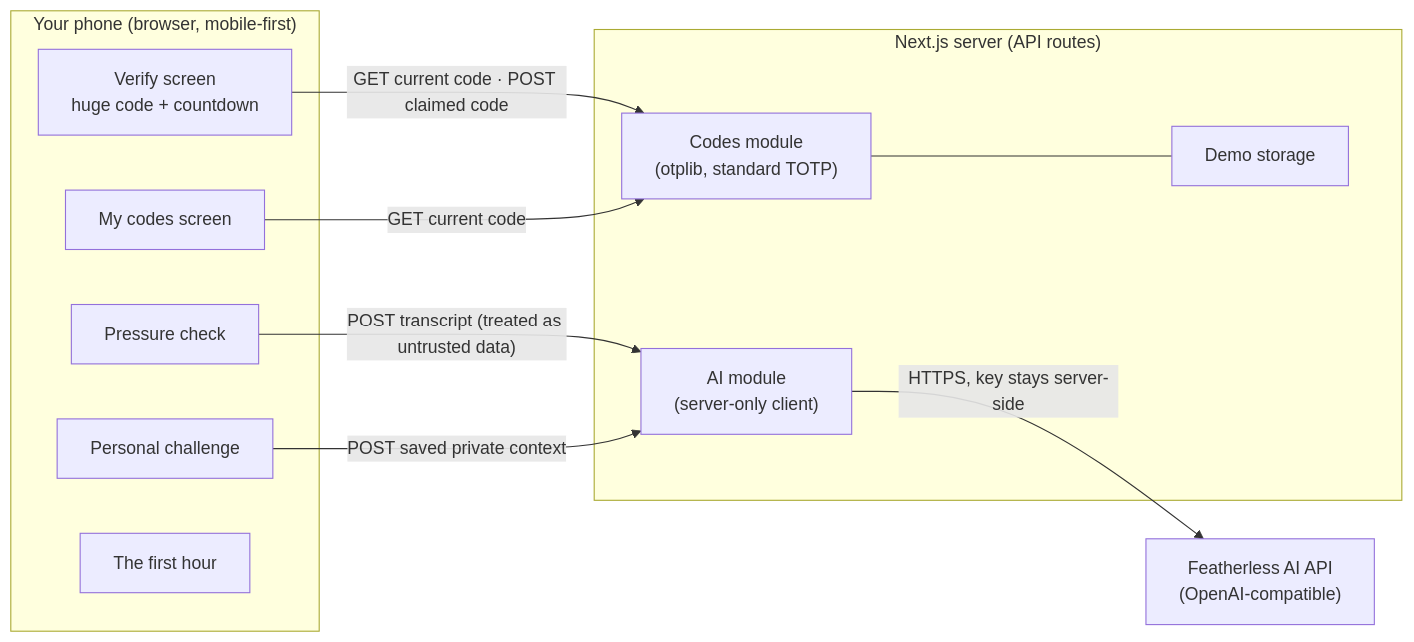
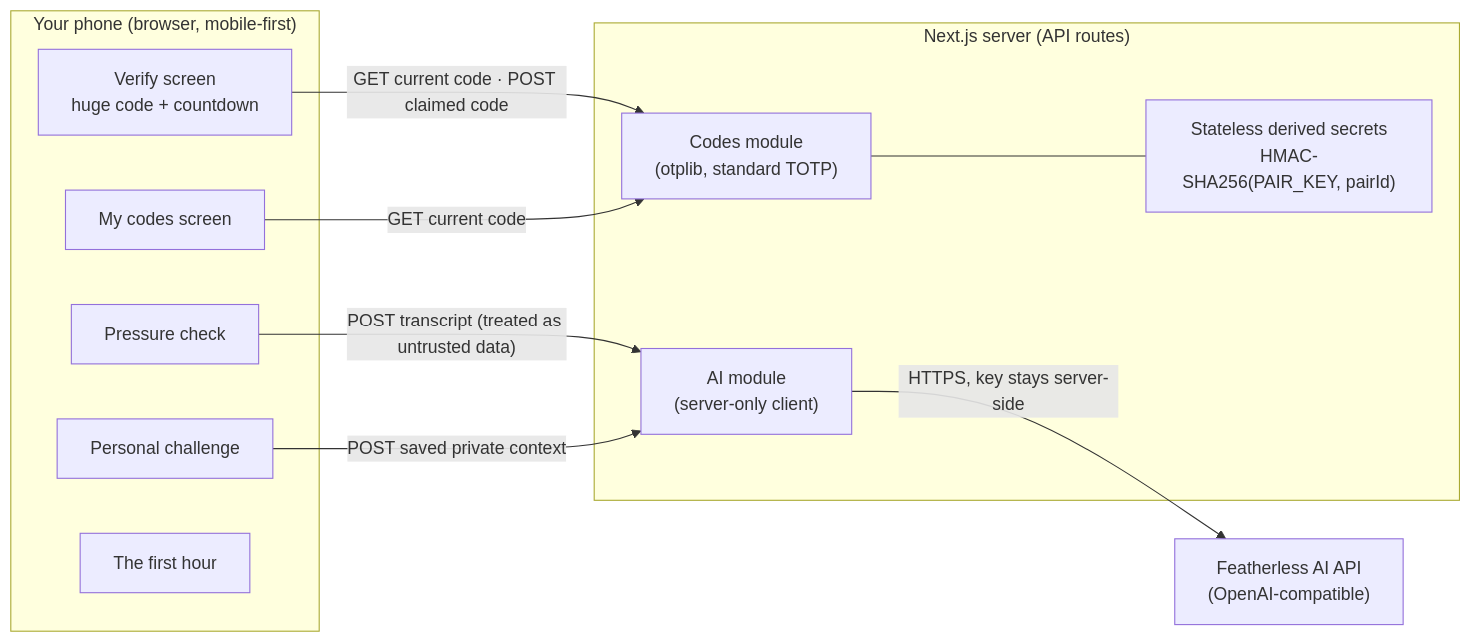
The diagram in README.md (sudomarc/handshake), drawn with Mermaid before and after one commit. The commit also changed other lines of this file and 4 other files, not shown here.

````diff
--- a/README.md
+++ b/README.md
@@ -53,24 +53,24 @@
 ```mermaid
 flowchart LR
   subgraph browser ["Your phone (browser, mobile-first)"]
     verify["Verify screen<br/>huge code + countdown"]
     codes["My codes screen"]
     analyze["Pressure check"]
     challenge["Personal challenge"]
     firsthour["The first hour"]
   end
 
   subgraph server ["Next.js server (API routes)"]
     totp["Codes module<br/>(otplib, standard TOTP)"]
     llm["AI module<br/>(server-only client)"]
-    store["Demo storage"]
+    derivation["Stateless derived secrets<br/>HMAC-SHA256(PAIR_KEY, pairId)"]
   end
 
   llm -- "HTTPS, key stays server-side" --> fea["Featherless AI API<br/>(OpenAI-compatible)"]
 
   verify -- "GET current code · POST claimed code" --> totp
   codes -- "GET current code" --> totp
   analyze -- "POST transcript (treated as untrusted data)" --> llm
   challenge -- "POST saved private context" --> llm
-  totp --- store
+  totp --- derivation
 ```
````
